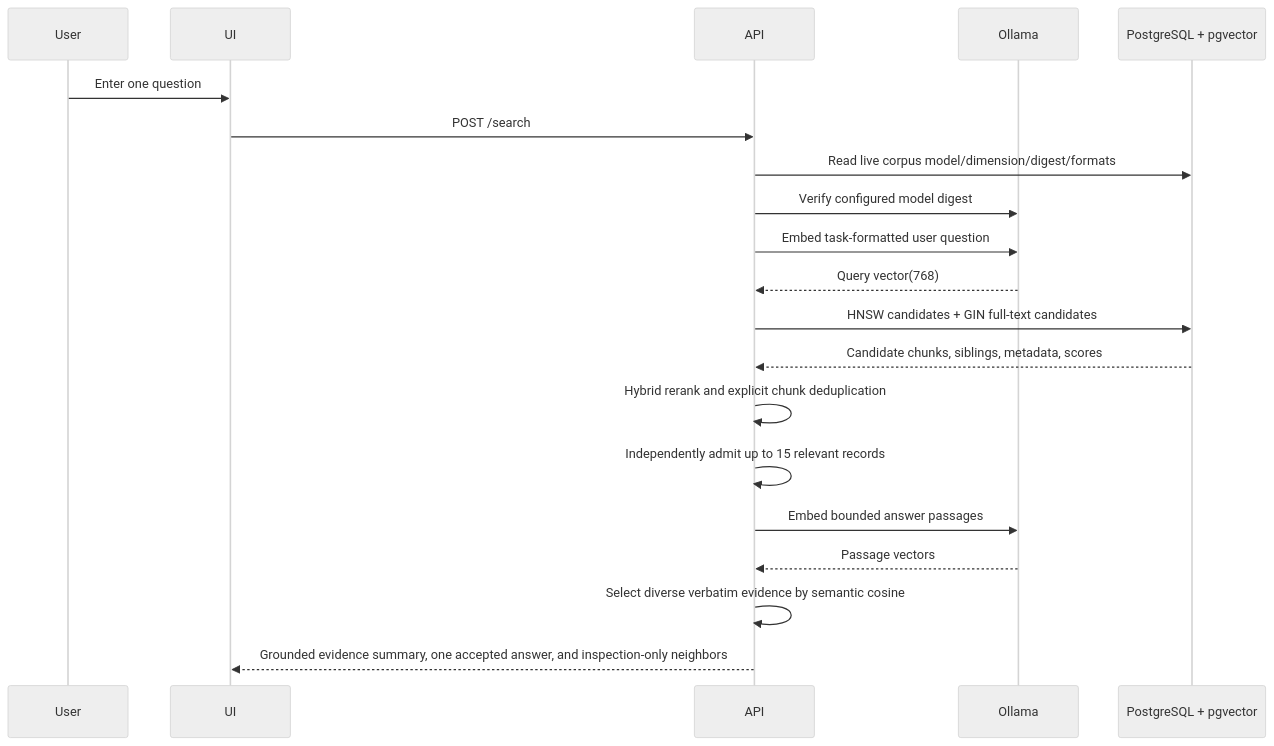
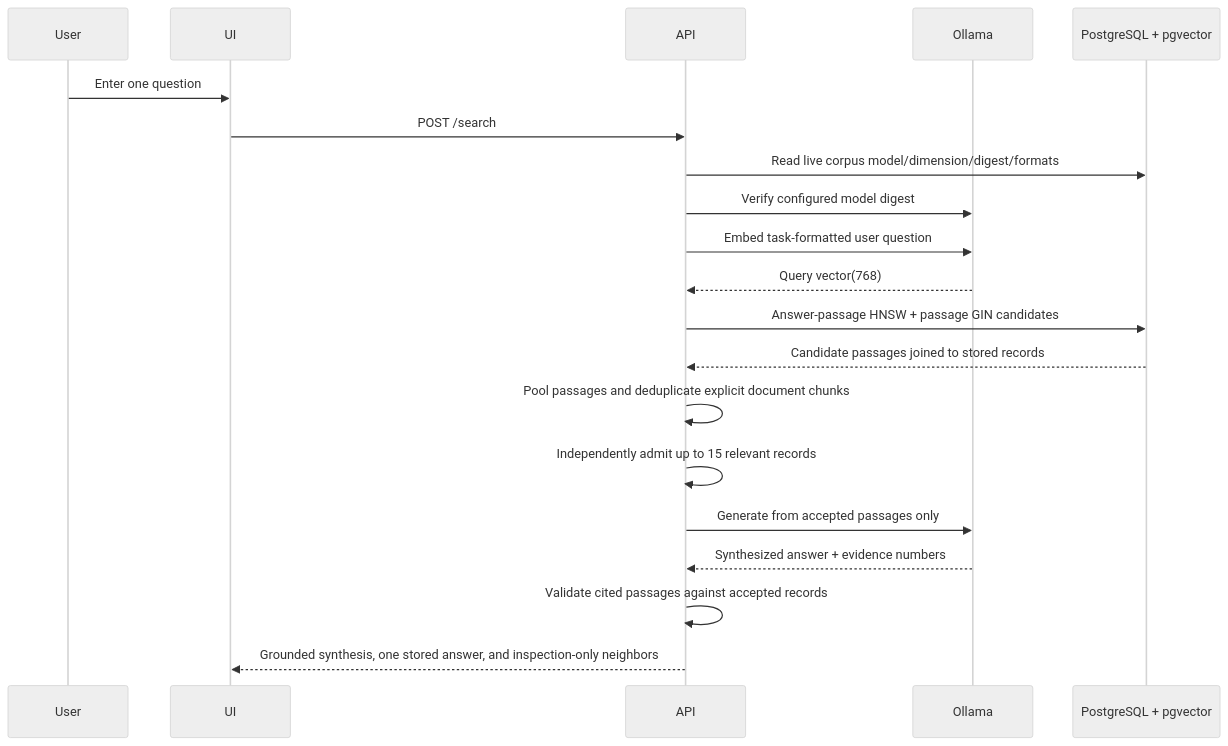
One commit to Ramakanth001/tools changed the fourth of 4 diagrams in semantic-qa/ARCHITECTURE.md. Above: the diagram before and after it, drawn with Mermaid (neutral theme). The commit also changed other lines of this file and 1 other file, not shown here.

Commit message:
docs(semantic-qa): explain passage retrieval and grounded synthesis

````diff
--- a/semantic-qa/ARCHITECTURE.md
+++ b/semantic-qa/ARCHITECTURE.md
@@ -491,23 +493,23 @@
 ```mermaid
 sequenceDiagram
     participant User
     participant UI
     participant API
     participant Ollama
     participant PG as PostgreSQL + pgvector
 
     User->>UI: Enter one question
     UI->>API: POST /search
     API->>PG: Read live corpus model/dimension/digest/formats
     API->>Ollama: Verify configured model digest
     API->>Ollama: Embed task-formatted user question
     Ollama-->>API: Query vector(768)
-    API->>PG: HNSW candidates + GIN full-text candidates
-    PG-->>API: Candidate chunks, siblings, metadata, scores
-    API->>API: Hybrid rerank and explicit chunk deduplication
+    API->>PG: Answer-passage HNSW + passage GIN candidates
+    PG-->>API: Candidate passages joined to stored records
+    API->>API: Pool passages and deduplicate explicit document chunks
     API->>API: Independently admit up to 15 relevant records
-    API->>Ollama: Embed bounded answer passages
-    Ollama-->>API: Passage vectors
-    API->>API: Select diverse verbatim evidence by semantic cosine
-    API-->>UI: Grounded evidence summary, one accepted answer, and inspection-only neighbors
+    API->>Ollama: Generate from accepted passages only
+    Ollama-->>API: Synthesized answer + evidence numbers
+    API->>API: Validate cited passages against accepted records
+    API-->>UI: Grounded synthesis, one stored answer, and inspection-only neighbors
 ```
````
